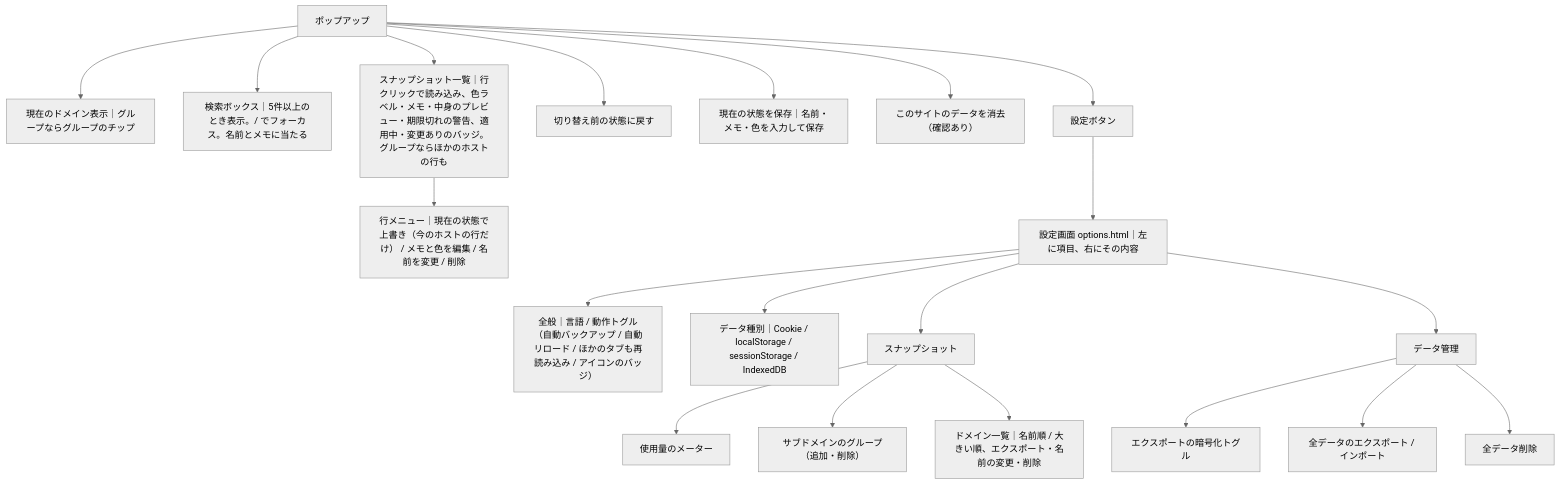
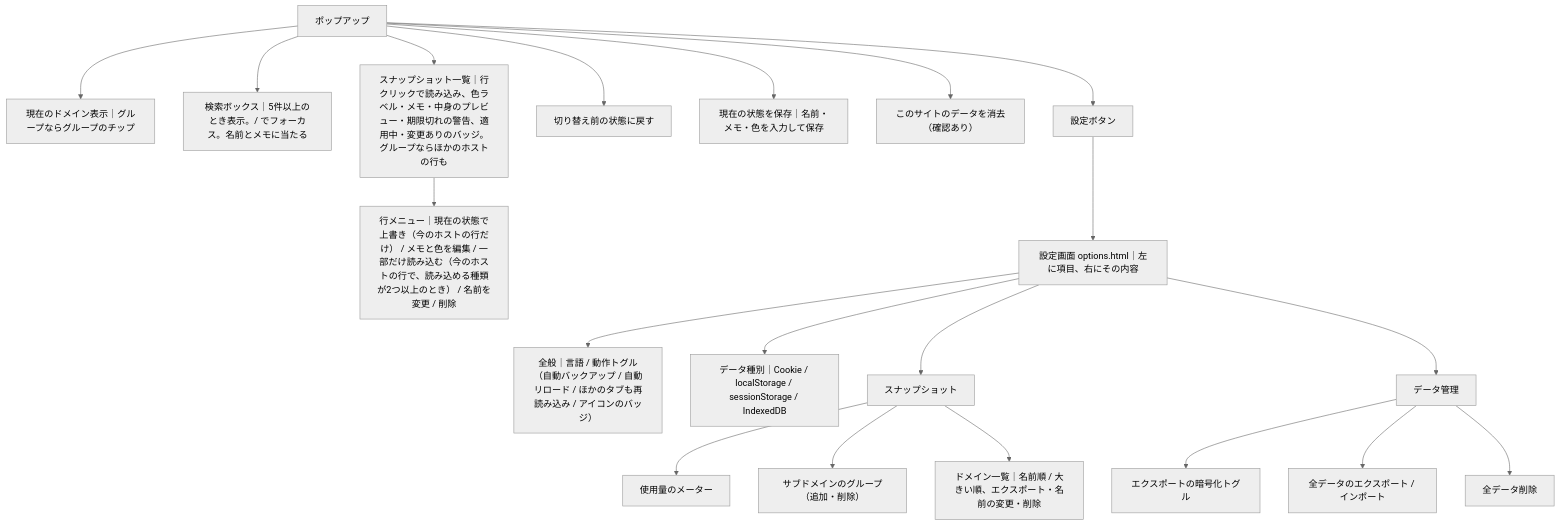
Before and after one commit to istb16/switch-browser-data-extension: the first of 2 diagrams in CLAUDE.md, drawn with Mermaid (neutral theme). The commit also changed other lines of this file and 17 other files, not shown here.

````diff
--- a/CLAUDE.md
+++ b/CLAUDE.md
@@ -85,24 +98,24 @@
 ```mermaid
 graph TD
   popup["ポップアップ"]
   popup --> domain["現在のドメイン表示｜グループならグループのチップ"]
   popup --> search["検索ボックス｜5件以上のとき表示。/ でフォーカス。名前とメモに当たる"]
   popup --> list["スナップショット一覧｜行クリックで読み込み、色ラベル・メモ・中身のプレビュー・期限切れの警告、適用中・変更ありのバッジ。グループならほかのホストの行も"]
-  list --> row_menu["行メニュー｜現在の状態で上書き（今のホストの行だけ） / メモと色を編集 / 名前を変更 / 削除"]
+  list --> row_menu["行メニュー｜現在の状態で上書き（今のホストの行だけ） / メモと色を編集 / 一部だけ読み込む（今のホストの行で、読み込める種類が2つ以上のとき） / 名前を変更 / 削除"]
   popup --> undo["切り替え前の状態に戻す"]
   popup --> save["現在の状態を保存｜名前・メモ・色を入力して保存"]
   popup --> clear_site["このサイトのデータを消去（確認あり）"]
   popup --> settings_btn["設定ボタン"]
   settings_btn --> options["設定画面 options.html｜左に項目、右にその内容"]
 
   options --> general["全般｜言語 / 動作トグル（自動バックアップ / 自動リロード / ほかのタブも再読み込み / アイコンのバッジ）"]
   options --> toggles["データ種別｜Cookie / localStorage / sessionStorage / IndexedDB"]
   options --> snapshots_pane["スナップショット"]
   snapshots_pane --> meter["使用量のメーター"]
   snapshots_pane --> groups["サブドメインのグループ（追加・削除）"]
   snapshots_pane --> domain_list["ドメイン一覧｜名前順 / 大きい順、エクスポート・名前の変更・削除"]
   options --> data_pane["データ管理"]
   data_pane --> encrypt["エクスポートの暗号化トグル"]
   data_pane --> export_import["全データのエクスポート / インポート"]
   data_pane --> clear["全データ削除"]
 ```
````
